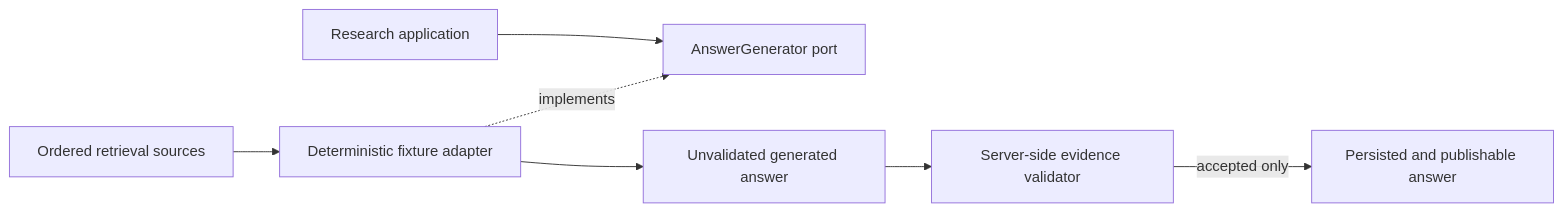
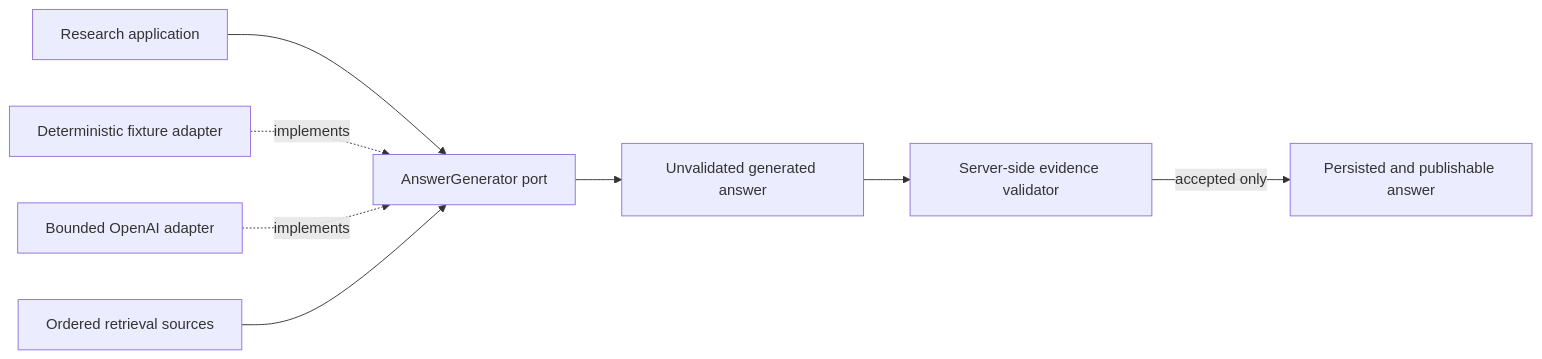
One commit to rnkraus/investment-research changed the first of 2 diagrams in backend/src/investment_research/infrastructure/generation/README.md. Above: the diagram before and after it, drawn with Mermaid. The commit also changed other lines of this file and 2 other files, not shown here.

First line of the commit message:
feat(generation): add typed OpenAI answer adapter

````diff
--- a/backend/src/investment_research/infrastructure/generation/README.md
+++ b/backend/src/investment_research/infrastructure/generation/README.md
@@ -16,9 +17,10 @@
 ```mermaid
 flowchart LR
     APP[Research application] --> PORT[AnswerGenerator port]
     FIXTURE[Deterministic fixture adapter] -. implements .-> PORT
-    SOURCES[Ordered retrieval sources] --> FIXTURE
-    FIXTURE --> PROPOSAL[Unvalidated generated answer]
+    OPENAI[Bounded OpenAI adapter] -. implements .-> PORT
+    SOURCES[Ordered retrieval sources] --> PORT
+    PORT --> PROPOSAL[Unvalidated generated answer]
     PROPOSAL --> VALIDATOR[Server-side evidence validator]
     VALIDATOR -->|accepted only| OUTPUT[Persisted and publishable answer]
 ```
````
